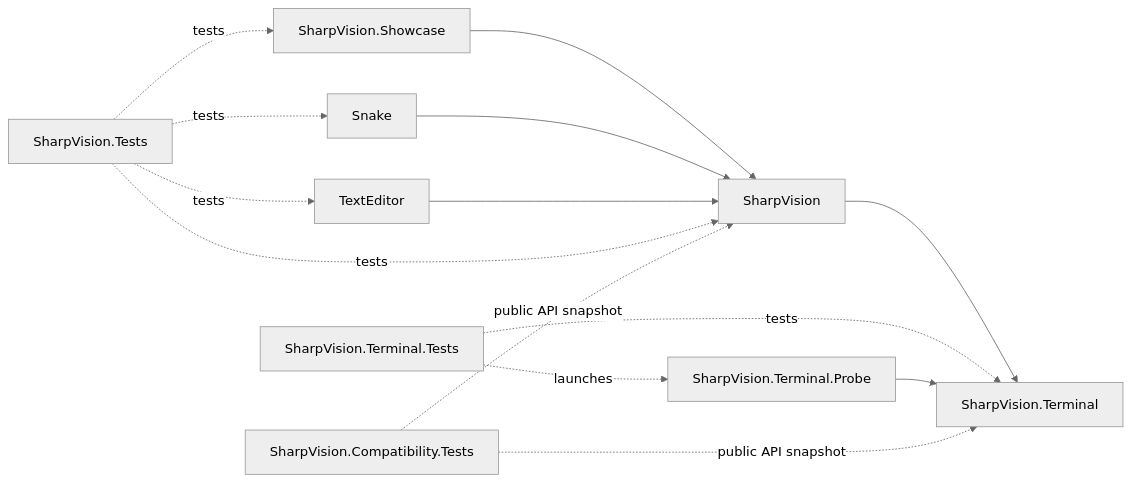
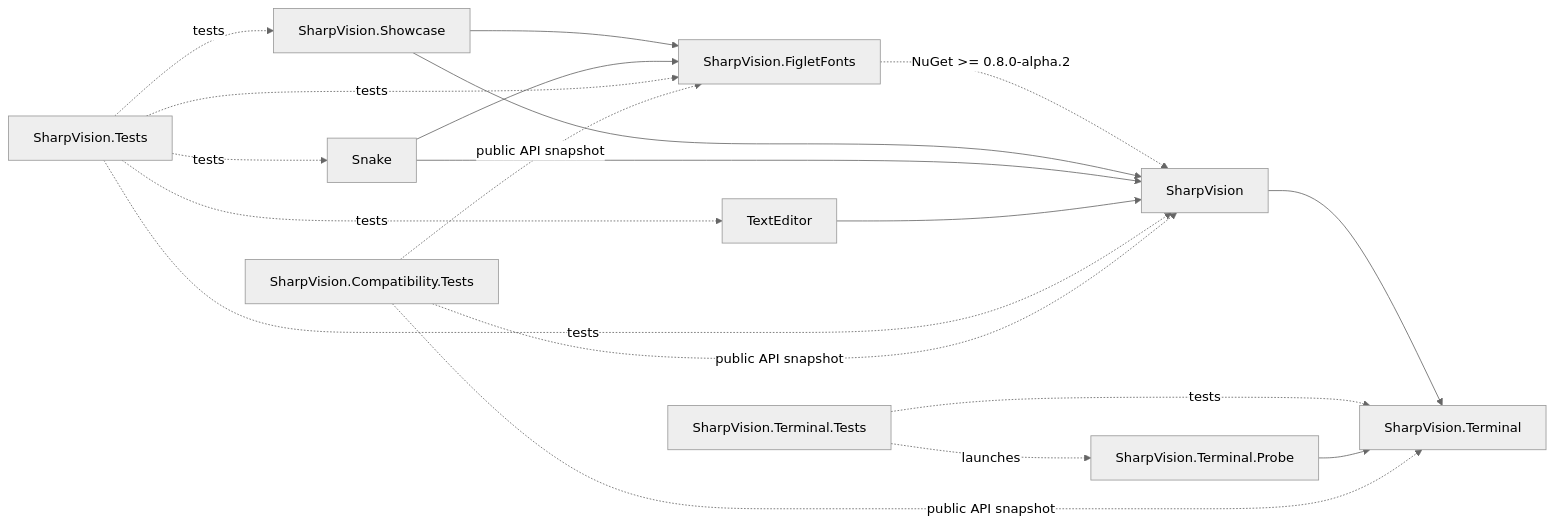
One commit to pavkam/sharp-vision changed the diagram in docs/architecture/project-structure.md. Above: the diagram before and after it, drawn with Mermaid (neutral theme). The commit also changed other lines of this file and 80 other files, not shown here.

````diff
--- a/docs/architecture/project-structure.md
+++ b/docs/architecture/project-structure.md
@@ -9,25 +9,31 @@
 ```mermaid
 flowchart LR
     Terminal["SharpVision.Terminal"]
     UI["SharpVision"]
+    FigletFonts["SharpVision.FigletFonts"]
     Showcase["SharpVision.Showcase"]
     Snake["Snake"]
     TextEditor["TextEditor"]
     TerminalTests["SharpVision.Terminal.Tests"]
     Probe["SharpVision.Terminal.Probe"]
     UITests["SharpVision.Tests"]
     CompatibilityTests["SharpVision.Compatibility.Tests"]
     UI --> Terminal
+    FigletFonts -. "NuGet >= 0.8.0-alpha.2" .-> UI
     Showcase --> UI
+    Showcase --> FigletFonts
     Snake --> UI
+    Snake --> FigletFonts
     TextEditor --> UI
     TerminalTests -. tests .-> Terminal
     TerminalTests -. launches .-> Probe
     Probe --> Terminal
     UITests -. tests .-> UI
+    UITests -. tests .-> FigletFonts
     UITests -. tests .-> Showcase
     UITests -. tests .-> Snake
     UITests -. tests .-> TextEditor
     CompatibilityTests -. public API snapshot .-> Terminal
     CompatibilityTests -. public API snapshot .-> UI
+    CompatibilityTests -. public API snapshot .-> FigletFonts
 ```
````
